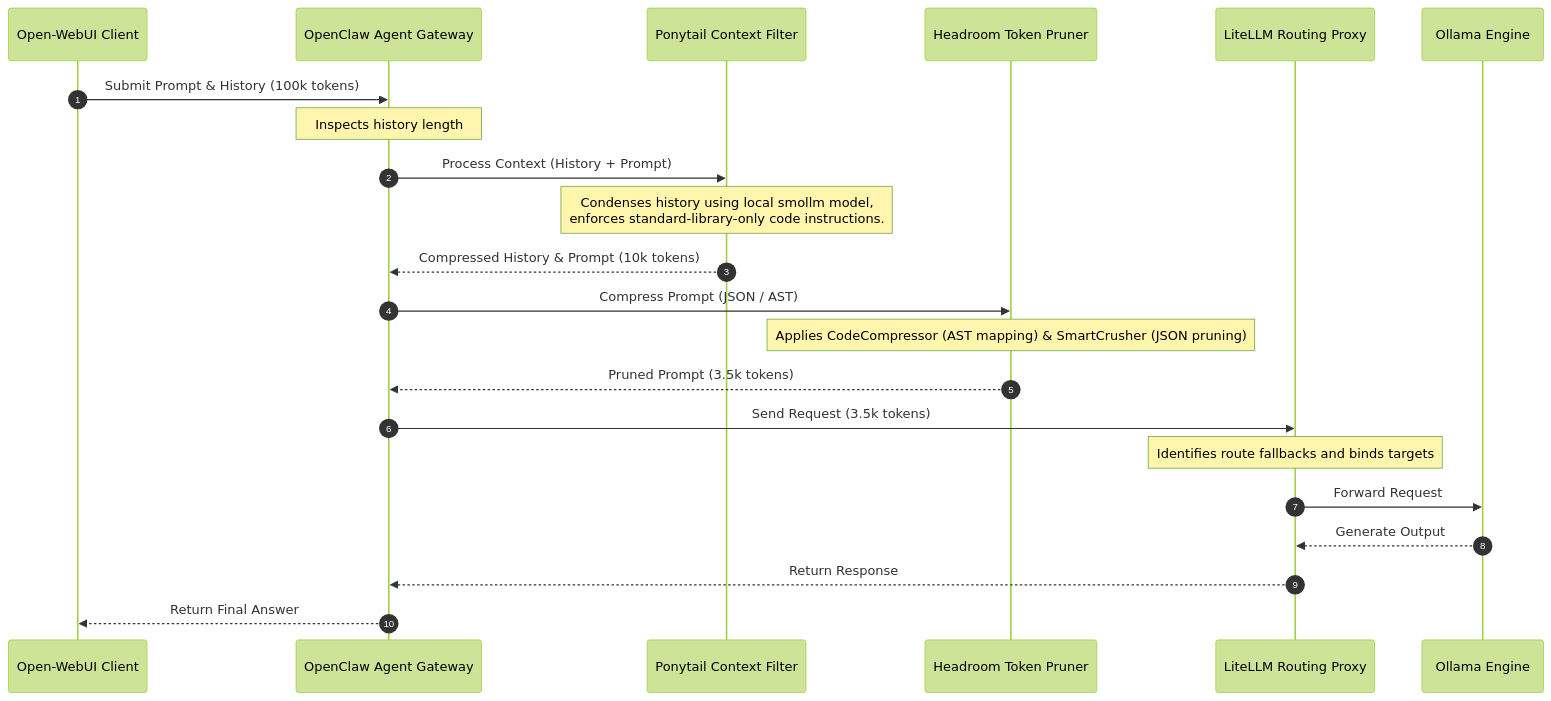
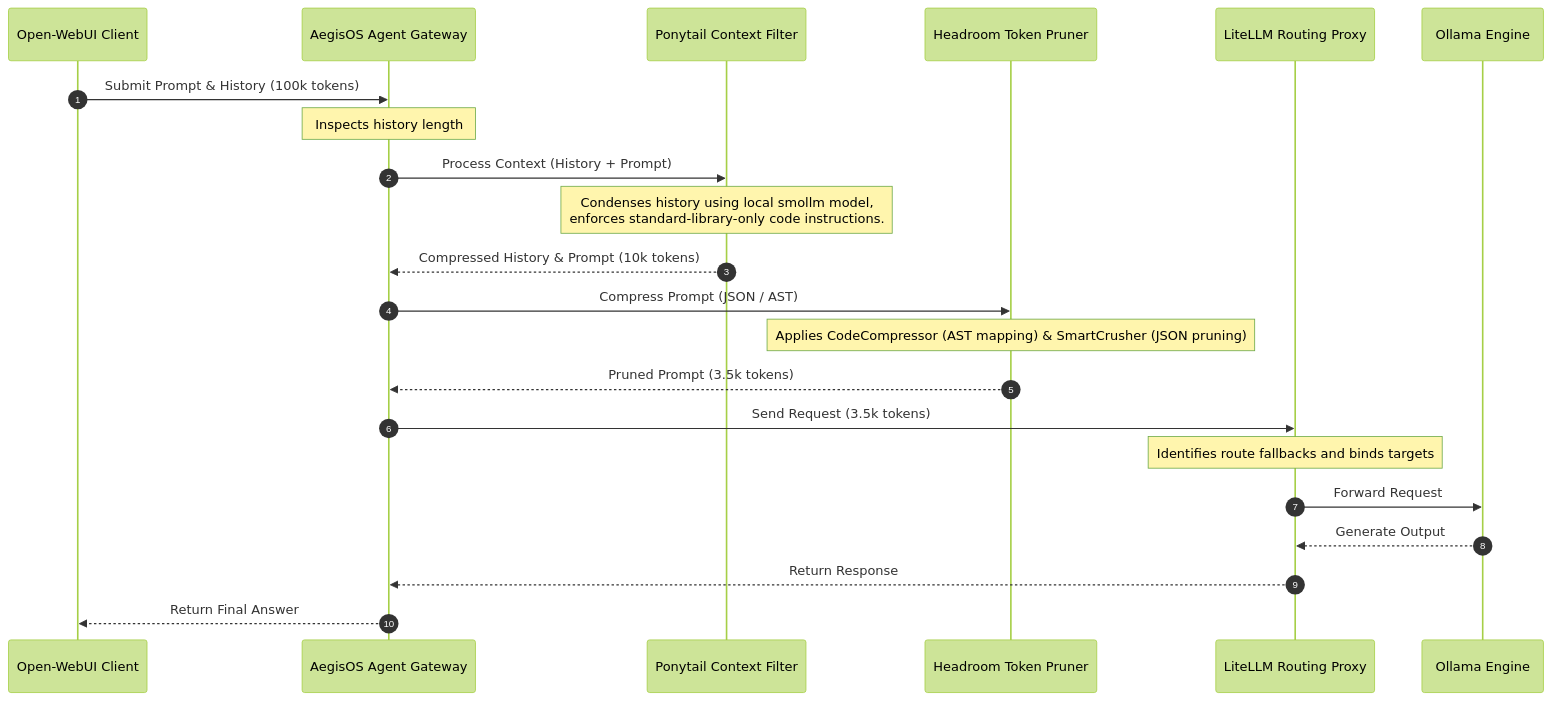
Before and after one commit to rjmad1/AegisOS: the second of 3 diagrams in docs/uawos_integration/04_integration_strategy.md, drawn with Mermaid (forest theme). The commit also changed other lines of this file and 303 other files, not shown here.

Commit message:
refactor(branding): rename OpenClaw to AegisOS

````diff
--- a/docs/uawos_integration/04_integration_strategy.md
+++ b/docs/uawos_integration/04_integration_strategy.md
@@ -70,27 +70,27 @@
 ```mermaid
 sequenceDiagram
     autonumber
     participant UI as Open-WebUI Client
-    participant OC as OpenClaw Agent Gateway
+    participant OC as AegisOS Agent Gateway
     participant PT as Ponytail Context Filter
     participant HR as Headroom Token Pruner
     participant LL as LiteLLM Routing Proxy
     participant OL as Ollama Engine
 
     UI->>OC: Submit Prompt & History (100k tokens)
     Note over OC: Inspects history length
     OC->>PT: Process Context (History + Prompt)
     Note over PT: Condenses history using local smollm model,<br/>enforces standard-library-only code instructions.
     PT-->>OC: Compressed History & Prompt (10k tokens)
     
     OC->>HR: Compress Prompt (JSON / AST)
     Note over HR: Applies CodeCompressor (AST mapping) & SmartCrusher (JSON pruning)
     HR-->>OC: Pruned Prompt (3.5k tokens)
     
     OC->>LL: Send Request (3.5k tokens)
     Note over LL: Identifies route fallbacks and binds targets
     LL->>OL: Forward Request
     OL-->>LL: Generate Output
     LL-->>OC: Return Response
     OC-->>UI: Return Final Answer
 ```
````
